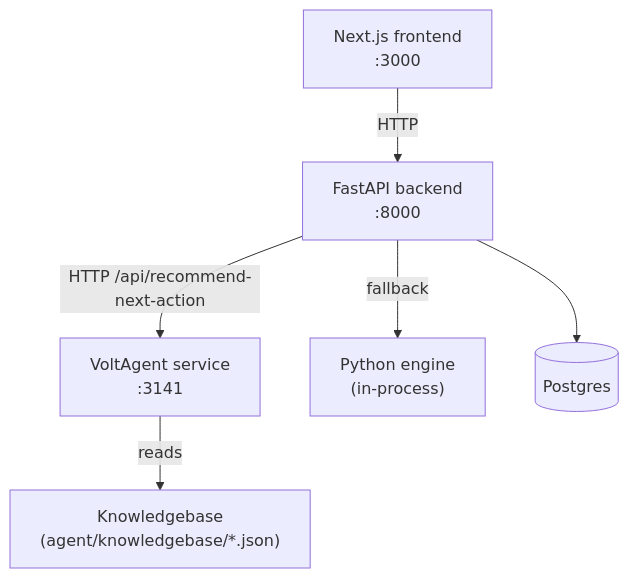
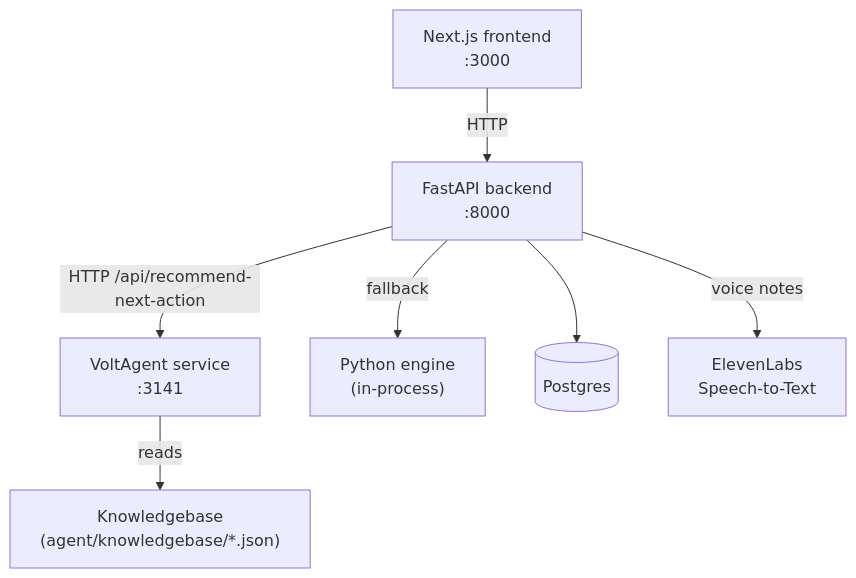
Before and after one commit to Shrinidhibhat87/reonic-never-ghosted: the first of 2 diagrams in README.md, drawn with Mermaid. The commit also changed other lines of this file, not shown here.

Commit message:
docs: refreshed README hero, voice/verify sections

````diff
--- a/README.md
+++ b/README.md
@@ -10,8 +25,9 @@
 ```mermaid
 flowchart TD
     FE["Next.js frontend<br/>:3000"] -->|HTTP| BE["FastAPI backend<br/>:8000"]
     BE -->|HTTP /api/recommend-next-action| AG["VoltAgent service<br/>:3141"]
     BE -->|fallback| PY["Python engine<br/>(in-process)"]
     AG -->|reads| KB["Knowledgebase<br/>(agent/knowledgebase/*.json)"]
     BE --> DB[("Postgres")]
+    BE -->|voice notes| EL["ElevenLabs<br/>Speech-to-Text"]
 ```
````
